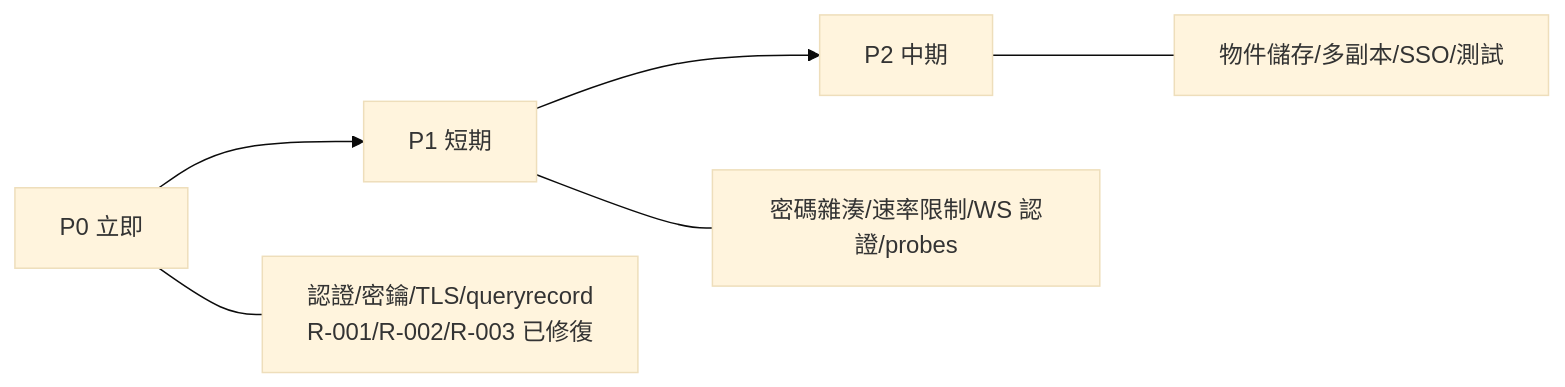
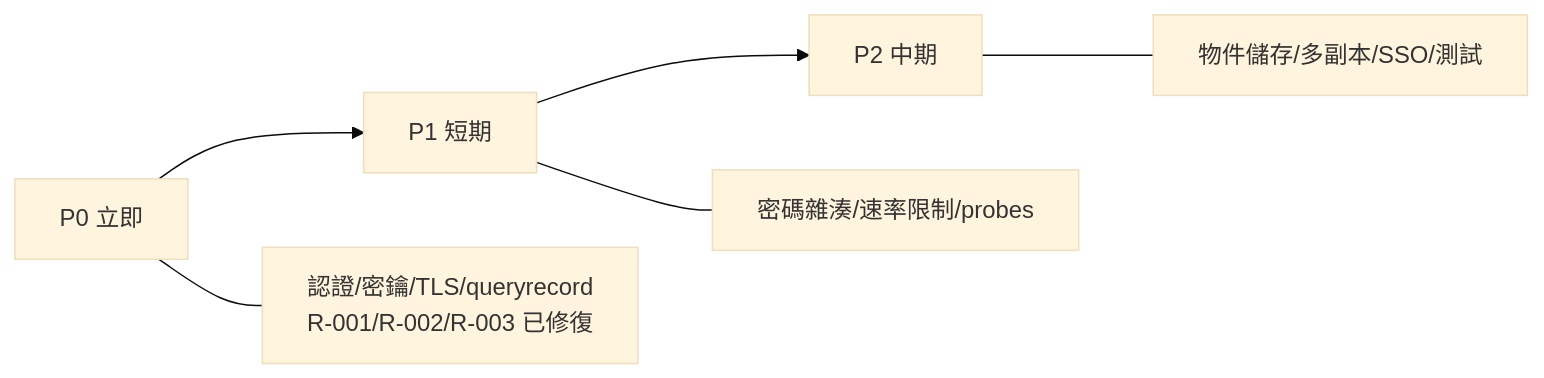
Before and after one commit to PochengChen-del/EdgeViewDoc: the diagram in SDS/11_Design_Decisions_and_Risks.md, drawn with Mermaid (base theme). The commit also changed other lines of this file and 8 other files, not shown here.

````diff
--- a/SDS/11_Design_Decisions_and_Risks.md
+++ b/SDS/11_Design_Decisions_and_Risks.md
@@ -369,8 +370,8 @@
 ```mermaid
 flowchart LR
     P0[P0 立即] --> P1[P1 短期]
     P1 --> P2[P2 中期]
     P0 --- A[認證/密鑰/TLS/queryrecord<br/>R-001/R-002/R-003 已修復]
-    P1 --- B[密碼雜湊/速率限制/WS 認證/probes]
+    P1 --- B[密碼雜湊/速率限制/probes]
     P2 --- C[物件儲存/多副本/SSO/測試]
 ```
````
